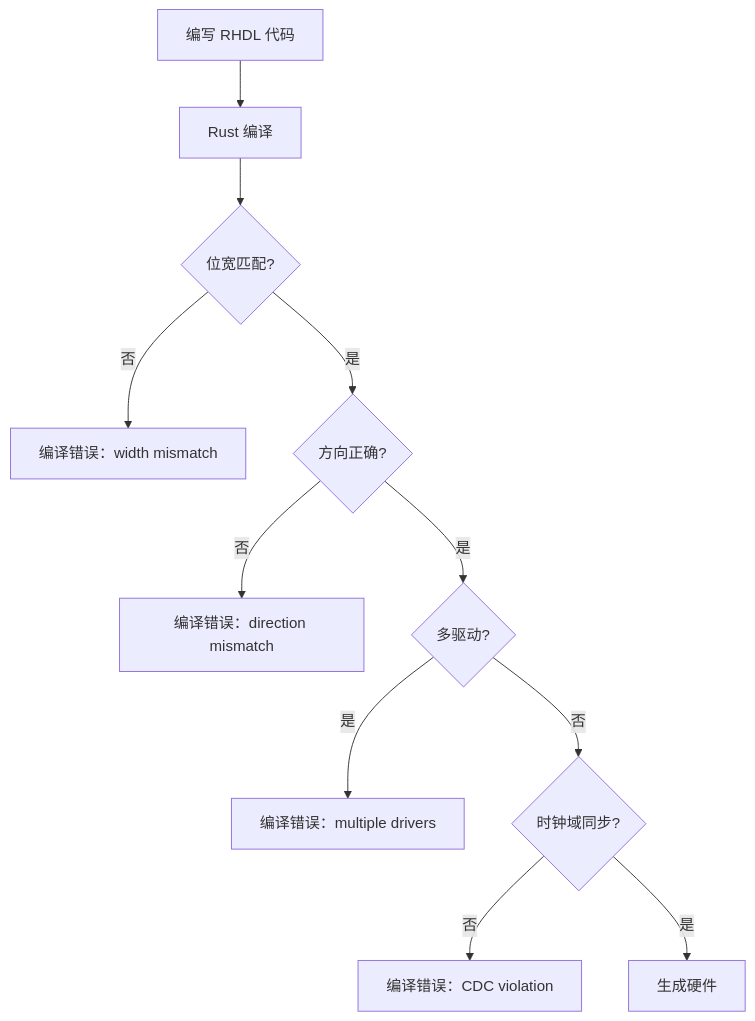
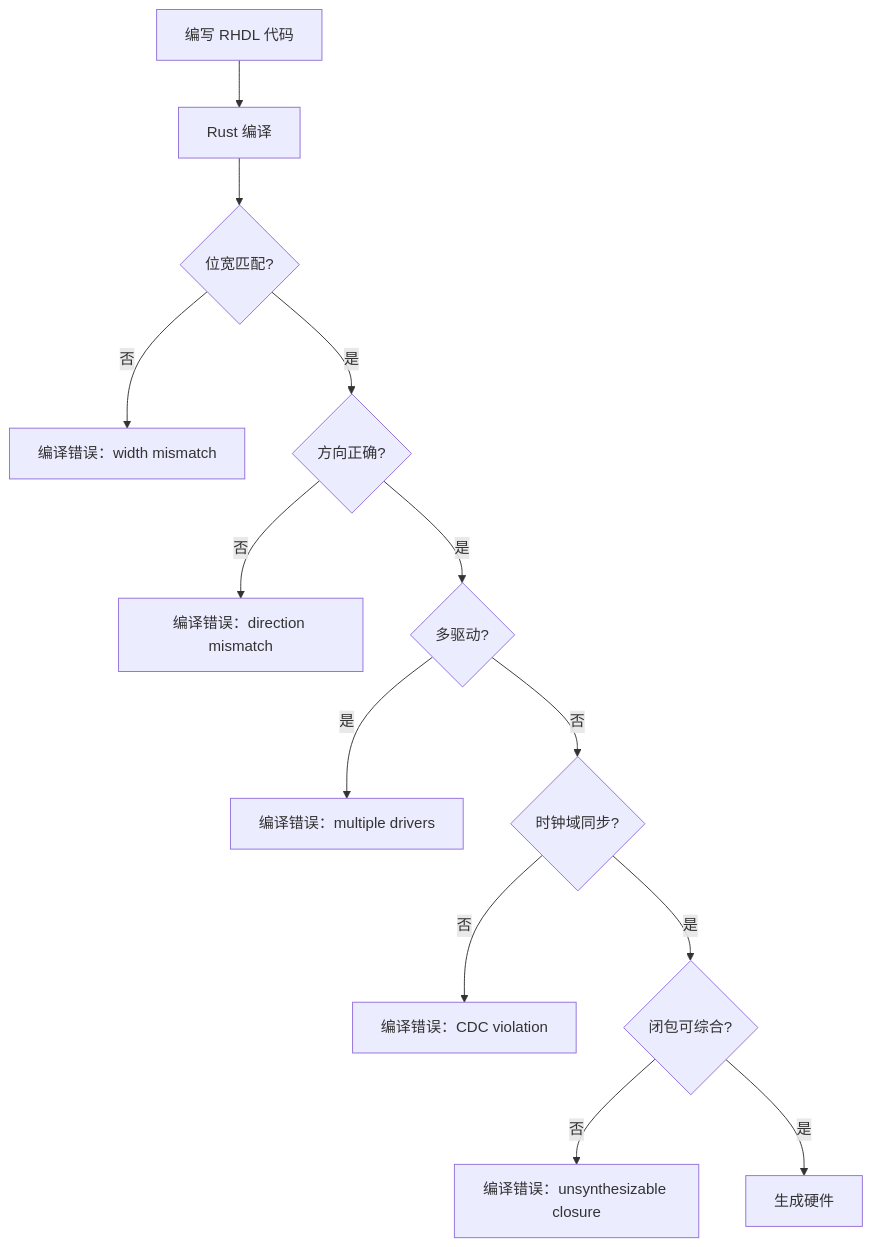
One commit to TangCan/bitloom changed the fifth of 13 diagrams in docs/requirements/3. 核心设计原则.md. Above: the diagram before and after it, drawn with Mermaid. The commit also changed other lines of this file and 17 other files, not shown here.

````diff
--- a/docs/requirements/3. 核心设计原则.md
+++ b/docs/requirements/3. 核心设计原则.md
@@ -146,14 +142,15 @@
 ```mermaid
 flowchart TD
     A[编写 RHDL 代码] --> B[Rust 编译]
     B --> C{位宽匹配?}
     C -- 否 --> E1[编译错误：width mismatch]
     C -- 是 --> D{方向正确?}
     D -- 否 --> E2[编译错误：direction mismatch]
     D -- 是 --> F{多驱动?}
     F -- 是 --> E3[编译错误：multiple drivers]
     F -- 否 --> G{时钟域同步?}
     G -- 否 --> E4[编译错误：CDC violation]
-    G -- 是 --> H[生成硬件]
-
+    G -- 是 --> H{闭包可综合?}
+    H -- 否 --> E5[编译错误：unsynthesizable closure]
+    H -- 是 --> I[生成硬件]
 ```
````
